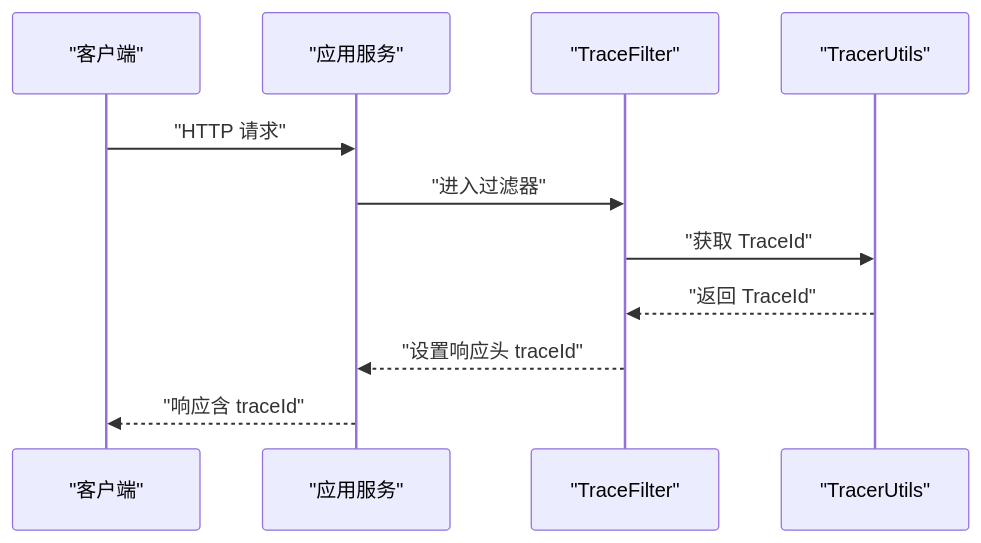
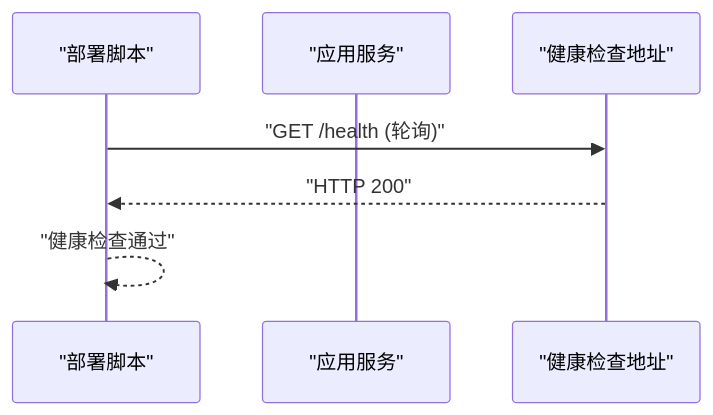
Before and after one commit to xiaoche80s-tech/rouyi-vue-pro: the fifth of 8 diagrams in .qoder/repowiki/zh/content/部署运维/监控告警.md, drawn with Mermaid. The commit also changed other lines of this file and 840 other files, not shown here.

````diff
--- a/.qoder/repowiki/zh/content/部署运维/监控告警.md
+++ b/.qoder/repowiki/zh/content/部署运维/监控告警.md
@@ -169,13 +182,9 @@
 ```mermaid
 sequenceDiagram
-participant Client as "客户端"
+participant Deploy as "部署脚本"
 participant App as "应用服务"
-participant Filter as "TraceFilter"
-participant Utils as "TracerUtils"
-Client->>App : "HTTP 请求"
-App->>Filter : "进入过滤器"
-Filter->>Utils : "获取 TraceId"
-Utils-->>Filter : "返回 TraceId"
-Filter-->>App : "设置响应头 traceId"
-App-->>Client : "响应含 traceId"
+participant Health as "健康检查地址"
+Deploy->>Health : "GET /health (轮询)"
+Health-->>Deploy : "HTTP 200"
+Deploy-->>Deploy : "健康检查通过"
 ```
````
